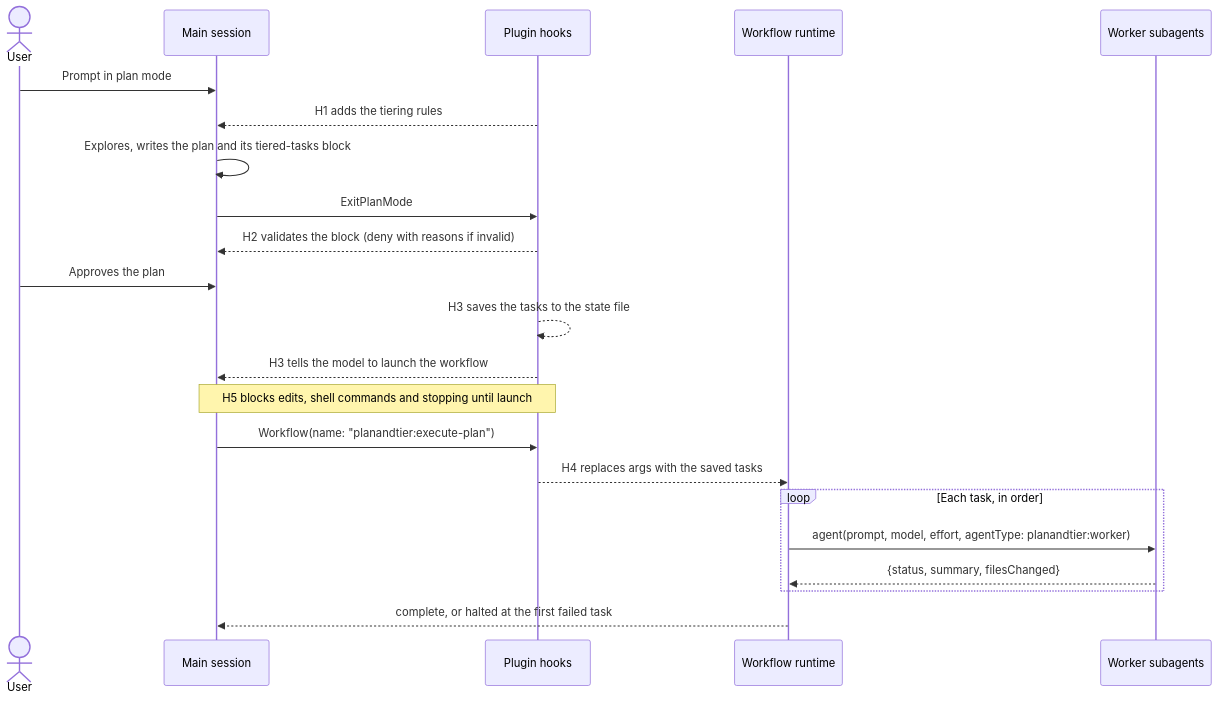
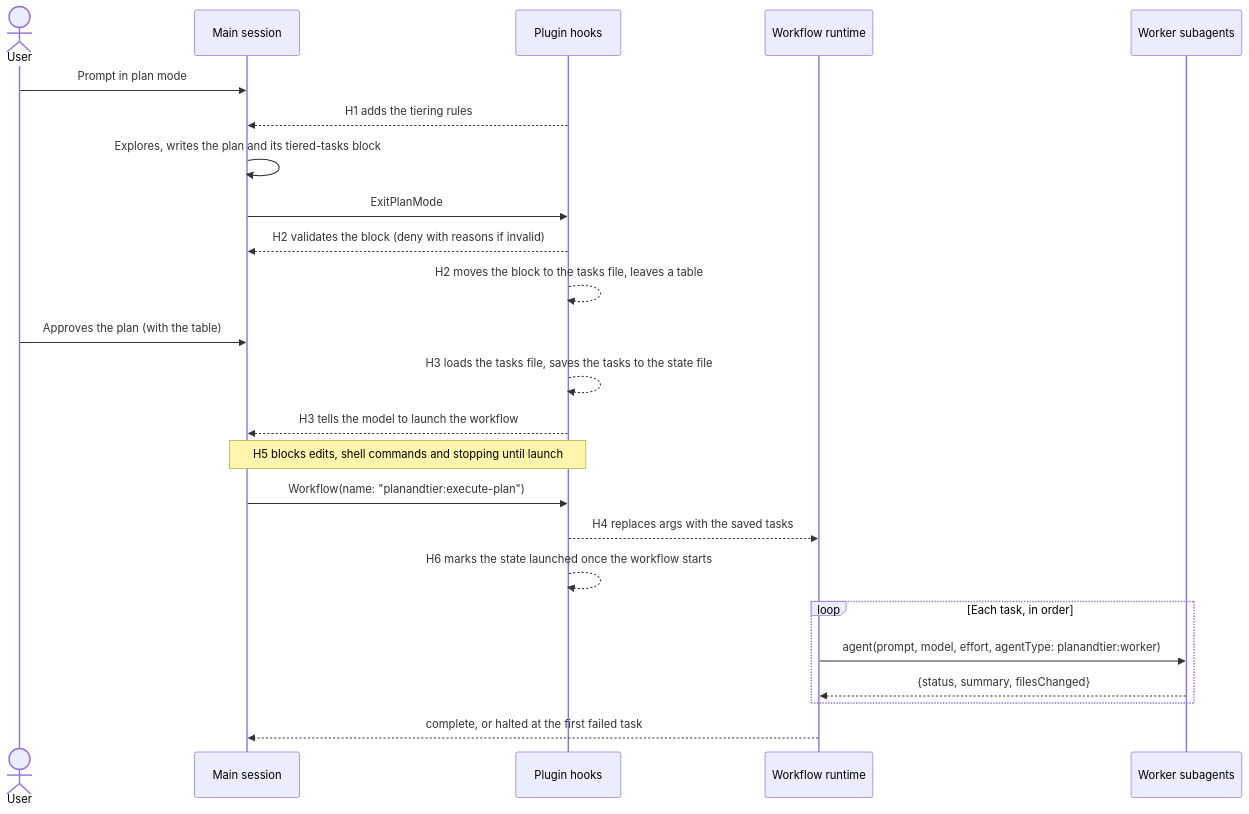
Before and after one commit to timschreiber/claude-plugins: the first of 2 diagrams in docs/planandtier/planandtier-reference.md, drawn with Mermaid. The commit also changed other lines of this file and 5 other files, not shown here.

````diff
--- a/docs/planandtier/planandtier-reference.md
+++ b/docs/planandtier/planandtier-reference.md
@@ -85,24 +86,26 @@
 ```mermaid
 sequenceDiagram
     actor U as User
     participant M as Main session
     participant H as Plugin hooks
     participant W as Workflow runtime
     participant A as Worker subagents
     U->>M: Prompt in plan mode
     H-->>M: H1 adds the tiering rules
     M->>M: Explores, writes the plan and its tiered-tasks block
     M->>H: ExitPlanMode
     H-->>M: H2 validates the block (deny with reasons if invalid)
-    U->>M: Approves the plan
-    H-->>H: H3 saves the tasks to the state file
+    H-->>H: H2 moves the block to the tasks file, leaves a table
+    U->>M: Approves the plan (with the table)
+    H-->>H: H3 loads the tasks file, saves the tasks to the state file
     H-->>M: H3 tells the model to launch the workflow
     Note over H,M: H5 blocks edits, shell commands and stopping until launch
     M->>H: Workflow(name: "planandtier:execute-plan")
     H-->>W: H4 replaces args with the saved tasks
+    H-->>H: H6 marks the state launched once the workflow starts
     loop Each task, in order
         W->>A: agent(prompt, model, effort, agentType: planandtier:worker)
         A-->>W: {status, summary, filesChanged}
     end
     W-->>M: complete, or halted at the first failed task
 ```
````
